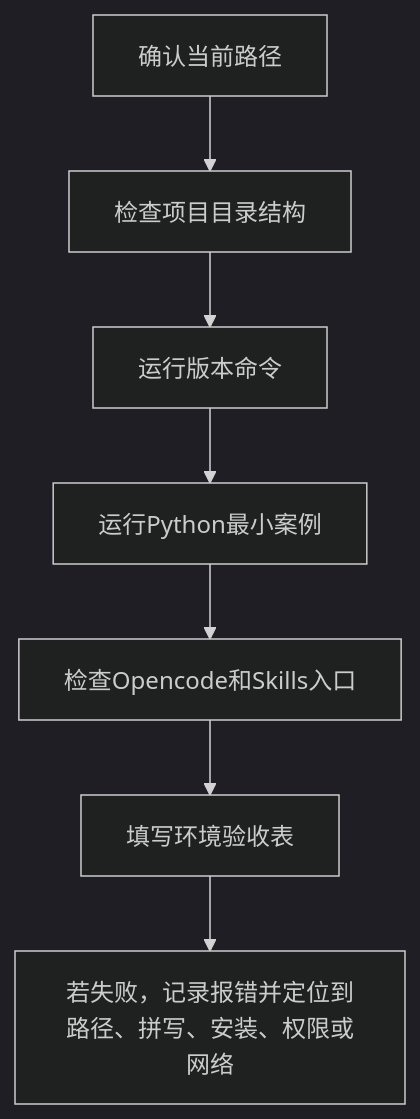
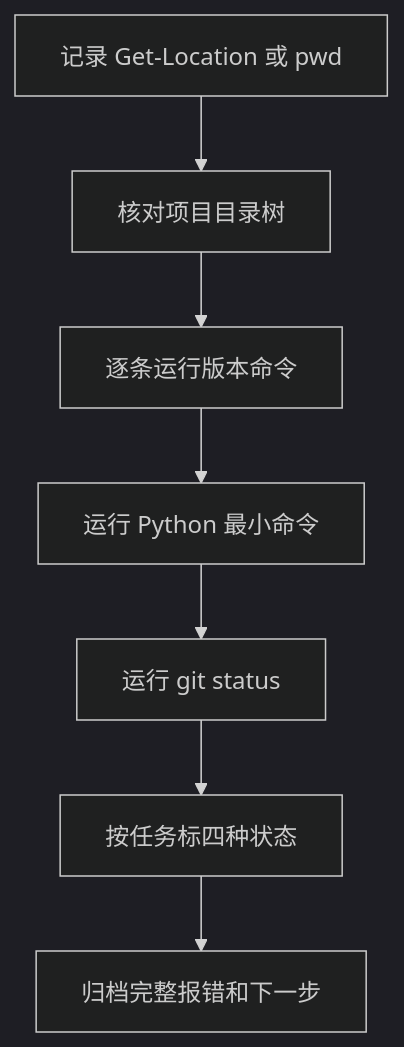
Before and after one commit to luvega/AI_MED_DataVis: the third of 4 diagrams in docs/chapters/chapter-2/index.md, drawn with Mermaid (dark theme). The commit also changed other lines of this file and 84 other files, not shown here.

````diff
--- a/docs/chapters/chapter-2/index.md
+++ b/docs/chapters/chapter-2/index.md
@@ -366,9 +353,9 @@
 ```mermaid
 flowchart TD
-  A["确认当前路径"] --> B["检查项目目录结构"]
-  B --> C["运行版本命令"]
-  C --> D["运行Python最小案例"]
-  D --> E["检查Opencode和Skills入口"]
-  E --> F["填写环境验收表"]
-  F --> G["若失败，记录报错并定位到路径、拼写、安装、权限或网络"]
+  A["记录 Get-Location 或 pwd"] --> B["核对项目目录树"]
+  B --> C["逐条运行版本命令"]
+  C --> D["运行 Python 最小命令"]
+  D --> E["运行 git status"]
+  E --> F["按任务标四种状态"]
+  F --> G["归档完整报错和下一步"]
 ```
````
